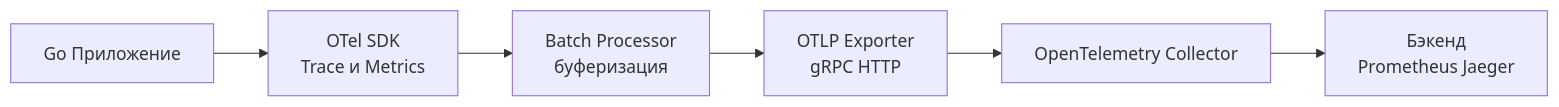
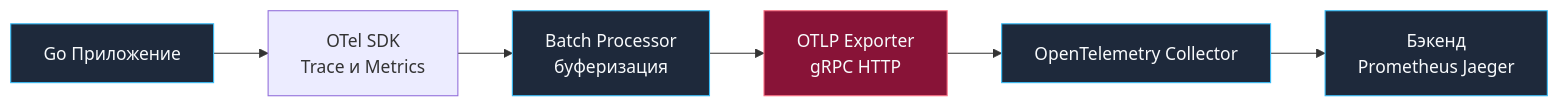
The diagram in sources/9. Бэкенд на Go (Практика разработки)/41. Observability основы.md (UnrealTemplier/go-textbook), drawn with Mermaid before and after one commit. The commit also changed 1666 other files, not shown here.

First line of the commit message:
feat(mermaid): add semantic color classDef to 1369 colorless flowchart/graph diagrams

````diff
--- a/sources/9. Бэкенд на Go (Практика разработки)/41. Observability основы.md
+++ b/sources/9. Бэкенд на Go (Практика разработки)/41. Observability основы.md
@@ -20,8 +20,18 @@
 ```mermaid
 flowchart LR
-    A["Go Приложение"]-->B["OTel SDK<br>Trace и Metrics"]
-    B-->C["Batch Processor<br>буферизация"]
-    C-->D["OTLP Exporter<br>gRPC HTTP"]
-    D-->E["OpenTelemetry Collector"]
-    E-->F["Бэкенд<br>Prometheus Jaeger"]
+    classDef process  fill:#1e293b,stroke:#38bdf8,stroke-width:1px,color:#f8fafc
+    classDef success  fill:#064e3b,stroke:#34d399,stroke-width:1px,color:#f8fafc
+    classDef error    fill:#7f1d1d,stroke:#f87171,stroke-width:1px,color:#f8fafc
+    classDef warning  fill:#78350f,stroke:#fbbf24,stroke-width:1px,color:#f8fafc
+    classDef entry    fill:#1e3a5f,stroke:#38bdf8,stroke-width:2px,color:#f8fafc
+    classDef aux      fill:#334155,stroke:#64748b,stroke-width:1px,color:#f8fafc
+    classDef system   fill:#312e81,stroke:#a78bfa,stroke-width:1px,color:#f8fafc
+    classDef data     fill:#132d29,stroke:#2dd4bf,stroke-width:1px,color:#f8fafc
+    classDef network  fill:#881337,stroke:#fb7185,stroke-width:1px,color:#f8fafc
+    classDef accent   fill:#1e1b4b,stroke:#818cf8,stroke-width:1px,color:#f8fafc
+    A["Go Приложение"]:::process-->B["OTel SDK<br>Trace и Metrics"]
+    B-->C["Batch Processor<br>буферизация"]:::process
+    C-->D["OTLP Exporter<br>gRPC HTTP"]:::network
+    D-->E["OpenTelemetry Collector"]:::process
+    E-->F["Бэкенд<br>Prometheus Jaeger"]:::process
 ```
````
